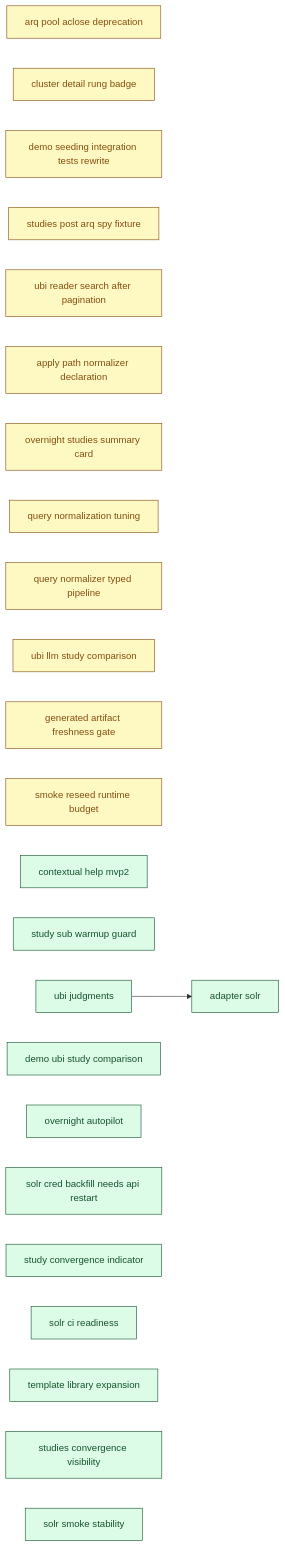
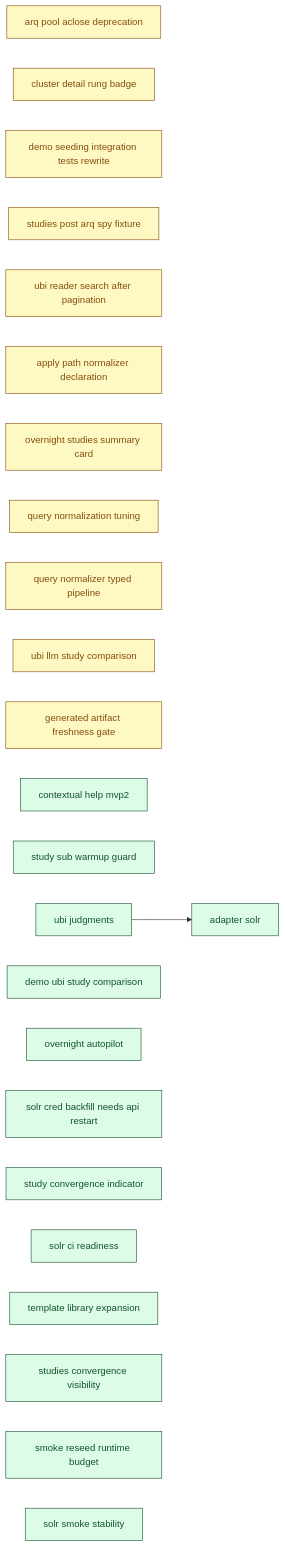
Before and after one commit to SoundMindsAI/relyloop: the diagram in docs/00_overview/MVP2_DASHBOARD.md, drawn with Mermaid. The commit also changed other lines of this file and 10 other files, not shown here.

First line of the commit message:
docs: finalize infra_smoke_reseed_runtime_budget (PR #424 merged) (#425)

````diff
--- a/docs/00_overview/MVP2_DASHBOARD.md
+++ b/docs/00_overview/MVP2_DASHBOARD.md
@@ -108,57 +108,57 @@
 ```mermaid
 graph LR
   classDef done fill:#dcfce7,stroke:#14532d,color:#14532d;
   classDef implement fill:#ffedd5,stroke:#9a3412,color:#9a3412;
   classDef plan fill:#fef9c3,stroke:#854d0e,color:#854d0e;
   classDef spec fill:#dbeafe,stroke:#1e40af,color:#1e40af;
   classDef idea fill:#f1f5f9,stroke:#334155,color:#334155;
   chore_arq_pool_aclose_deprecation["arq pool aclose deprecation"]
   class chore_arq_pool_aclose_deprecation plan;
   chore_cluster_detail_rung_badge["cluster detail rung badge"]
   class chore_cluster_detail_rung_badge plan;
   chore_demo_seeding_integration_tests_rewrite["demo seeding integration tests rewrite"]
   class chore_demo_seeding_integration_tests_rewrite plan;
   chore_studies_post_arq_spy_fixture["studies post arq spy fixture"]
   class chore_studies_post_arq_spy_fixture plan;
   chore_ubi_reader_search_after_pagination["ubi reader search after pagination"]
   class chore_ubi_reader_search_after_pagination plan;
   feat_apply_path_normalizer_declaration["apply path normalizer declaration"]
   class feat_apply_path_normalizer_declaration plan;
   feat_overnight_studies_summary_card["overnight studies summary card"]
   class feat_overnight_studies_summary_card plan;
   feat_query_normalization_tuning["query normalization tuning"]
   class feat_query_normalization_tuning plan;
   feat_query_normalizer_typed_pipeline["query normalizer typed pipeline"]
   class feat_query_normalizer_typed_pipeline plan;
   feat_ubi_llm_study_comparison["ubi llm study comparison"]
   class feat_ubi_llm_study_comparison plan;
   infra_generated_artifact_freshness_gate["generated artifact freshness gate"]
   class infra_generated_artifact_freshness_gate plan;
-  infra_smoke_reseed_runtime_budget["smoke reseed runtime budget"]
-  class infra_smoke_reseed_runtime_budget plan;
   feat_contextual_help_mvp2["contextual help mvp2"]
   class feat_contextual_help_mvp2 done;
   feat_study_sub_warmup_guard["study sub warmup guard"]
   class feat_study_sub_warmup_guard done;
   feat_ubi_judgments["ubi judgments"]
   class feat_ubi_judgments done;
   feat_demo_ubi_study_comparison["demo ubi study comparison"]
   class feat_demo_ubi_study_comparison done;
   feat_overnight_autopilot["overnight autopilot"]
   class feat_overnight_autopilot done;
   infra_adapter_solr["adapter solr"]
   class infra_adapter_solr done;
   chore_solr_cred_backfill_needs_api_restart["solr cred backfill needs api restart"]
   class chore_solr_cred_backfill_needs_api_restart done;
   feat_study_convergence_indicator["study convergence indicator"]
   class feat_study_convergence_indicator done;
   infra_solr_ci_readiness["solr ci readiness"]
   class infra_solr_ci_readiness done;
   chore_template_library_expansion["template library expansion"]
   class chore_template_library_expansion done;
   feat_studies_convergence_visibility["studies convergence visibility"]
   class feat_studies_convergence_visibility done;
+  infra_smoke_reseed_runtime_budget["smoke reseed runtime budget"]
+  class infra_smoke_reseed_runtime_budget done;
   infra_solr_smoke_stability["solr smoke stability"]
   class infra_solr_smoke_stability done;
   feat_ubi_judgments --> infra_adapter_solr
 ```
````
